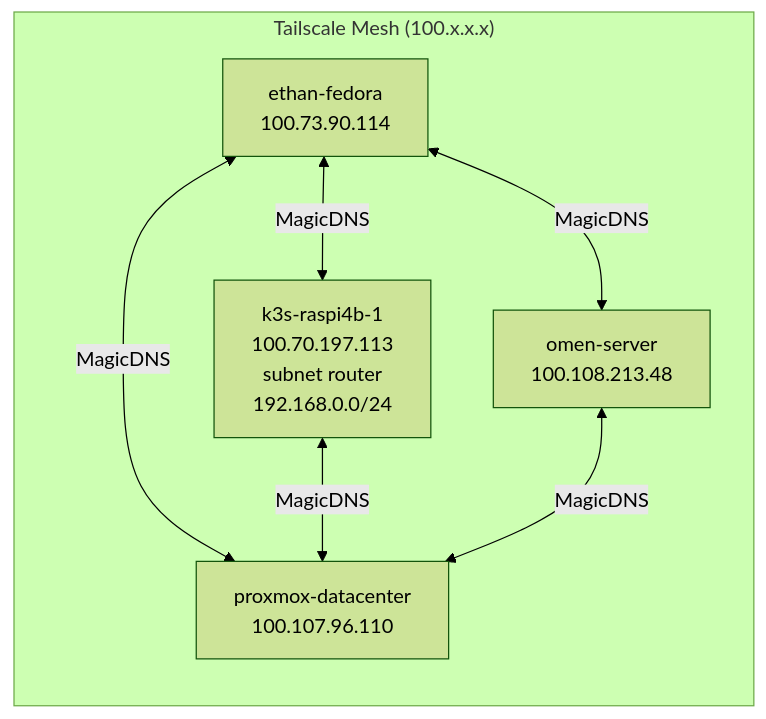
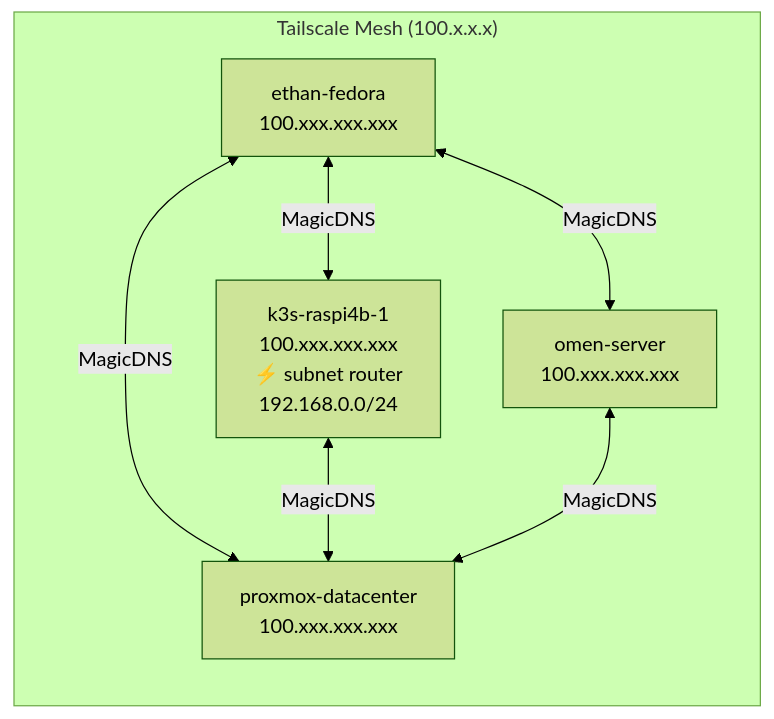
The second of 3 diagrams in docs/network/topology.md (EAHowes/proxmox-data-center), drawn with Mermaid (forest theme) before and after one commit. The commit also changed other lines of this file and 1 other file, not shown here.

````diff
--- a/docs/network/topology.md
+++ b/docs/network/topology.md
@@ -53,24 +53,24 @@
 ```mermaid
 graph LR
     subgraph tailscale["Tailscale Mesh (100.x.x.x)"]
         proxmox["proxmox-datacenter
-        100.107.96.110"]
+        100.xxx.xxx.xxx"]
 
         fedora["ethan-fedora
-        100.73.90.114"]
+        100.xxx.xxx.xxx"]
 
         raspi["k3s-raspi4b-1
-        100.70.197.113
-        subnet router
+        100.xxx.xxx.xxx
+        ⚡ subnet router
         192.168.0.0/24"]
 
         omen["omen-server
-        100.108.213.48"]
+        100.xxx.xxx.xxx"]
     end
 
     fedora <-->|MagicDNS| proxmox
     raspi <-->|MagicDNS| proxmox
     omen <-->|MagicDNS| proxmox
     fedora <-->|MagicDNS| raspi
     fedora <-->|MagicDNS| omen
 ```
````
